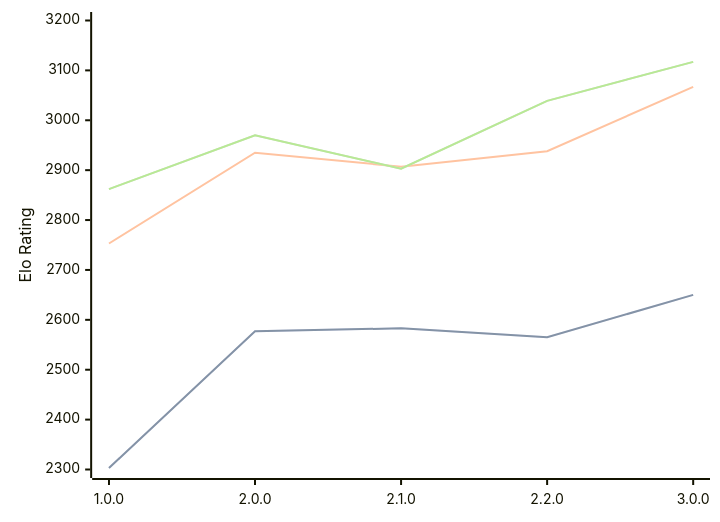
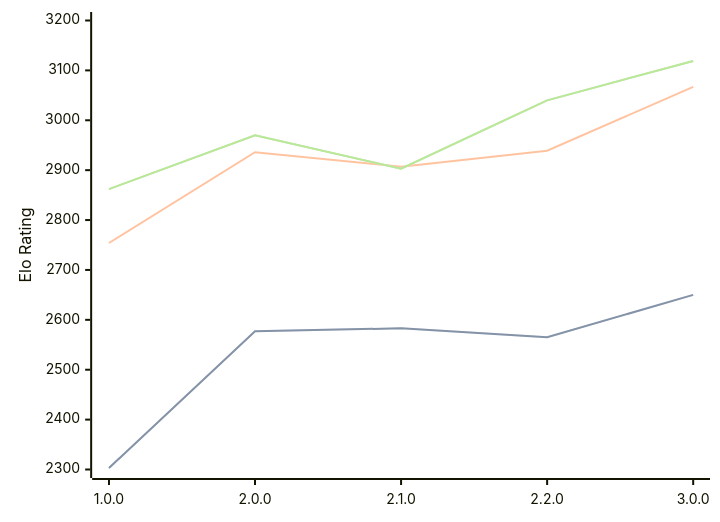
Before and after one commit to computer-chess-index/cci: the first of 3 diagrams in engines/Catalyst.md, drawn with Mermaid. The commit also changed other lines of this file, not shown here.

Commit message:
Update CCI Ratings (ELO VLTC) - 2026-06-16

````diff
--- a/engines/Catalyst.md
+++ b/engines/Catalyst.md
@@ -35,11 +35,11 @@
 ```mermaid
 %%{init: {"theme":"base","themeVariables":{"seriesColors:['#a3a3a3','#222221','#faa371']}}}%%
 xychart-beta
   x-axis ["1.0.0", "2.0.0", "2.1.0", "2.2.0", "3.0.0"]
   y-axis "Elo Rating" 2300 --> 3200
   line "STC (8.0+0.08s)" [2303, 2577, 2583, 2565, 2650]
   line "STC (8.0+0.08s)" [2303, 2577, 2583, 2565, 2650]
-  line "LTC (60.0+0.60s)" [2753, 2935, 2907, 2938, 3067]
-  line "VLTC (2m24s+1.12s)" [2862, 2970, 2903, 3039, 3117]
-  line "VLTC (2m24s+1.12s)" [2862, 2970, 2903, 3039, 3117]
+  line "LTC (60.0+0.60s)" [2754, 2936, 2907, 2939, 3067]
+  line "VLTC (2m24s+1.12s)" [2862, 2970, 2903, 3040, 3119]
+  line "VLTC (2m24s+1.12s)" [2862, 2970, 2903, 3040, 3119]
 ```
````
